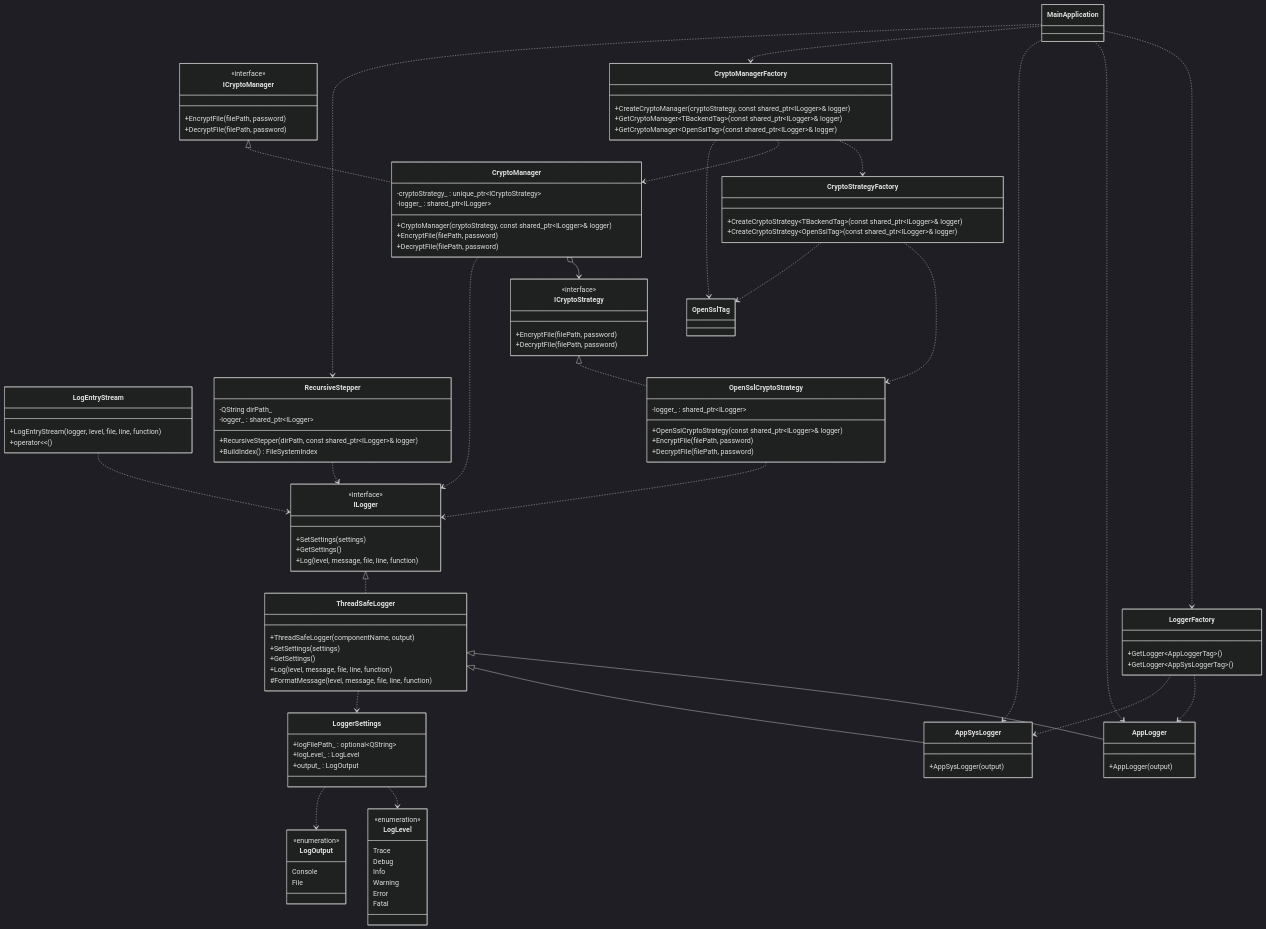
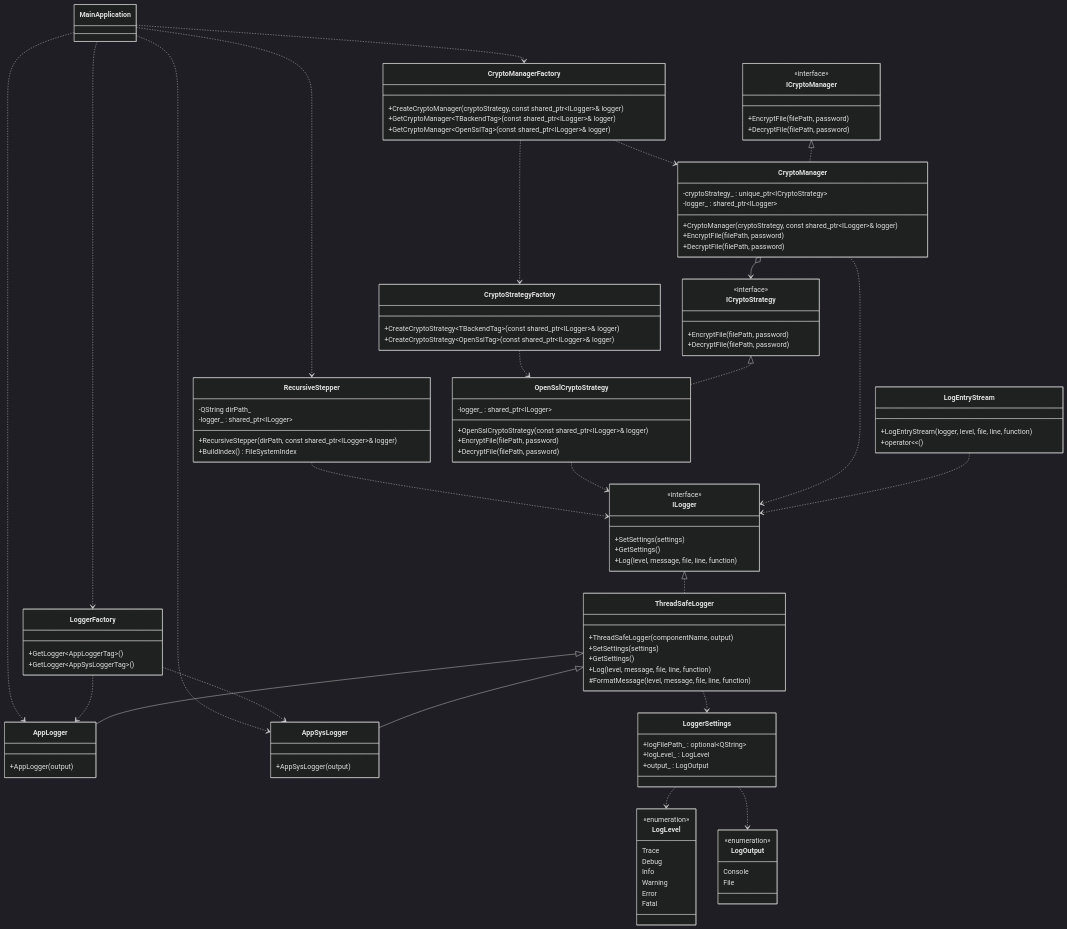
Before and after one commit to artoshechka/development_of_information_security_tools: the diagram in README.md, drawn with Mermaid (dark theme).

Commit message:
update schemas

````diff
--- a/README.md
+++ b/README.md
@@ -110,8 +110,6 @@
         Console
         File
     }
-
-    class OpenSslTag
 
     class ICryptoStrategy {
         <<interface>>
@@ -184,6 +182,4 @@
     CryptoManagerFactory ..> CryptoStrategyFactory
     CryptoManagerFactory ..> CryptoManager
     CryptoStrategyFactory ..> OpenSslCryptoStrategy
-    CryptoStrategyFactory ..> OpenSslTag
-    CryptoManagerFactory ..> OpenSslTag
 ```
````
